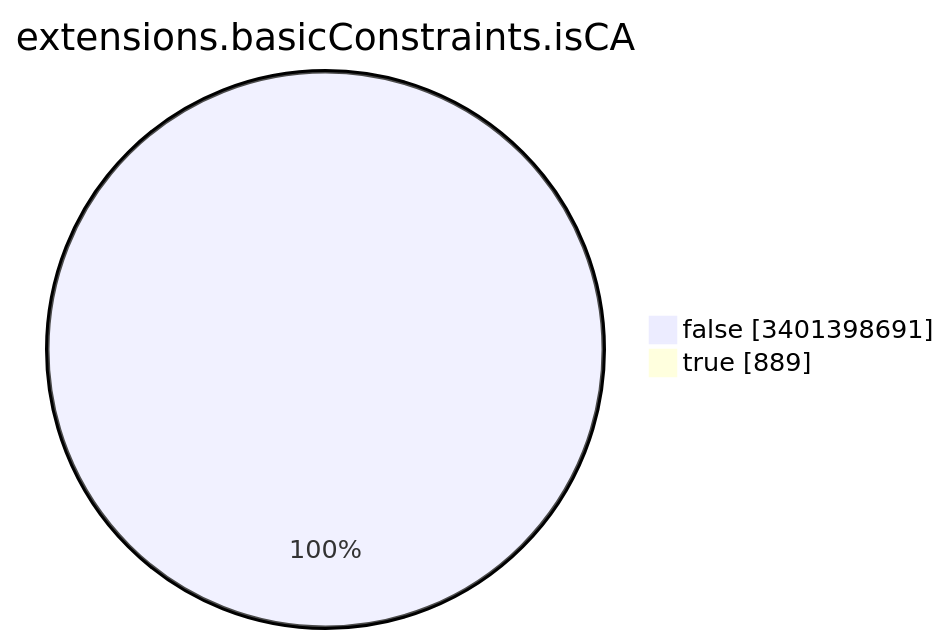
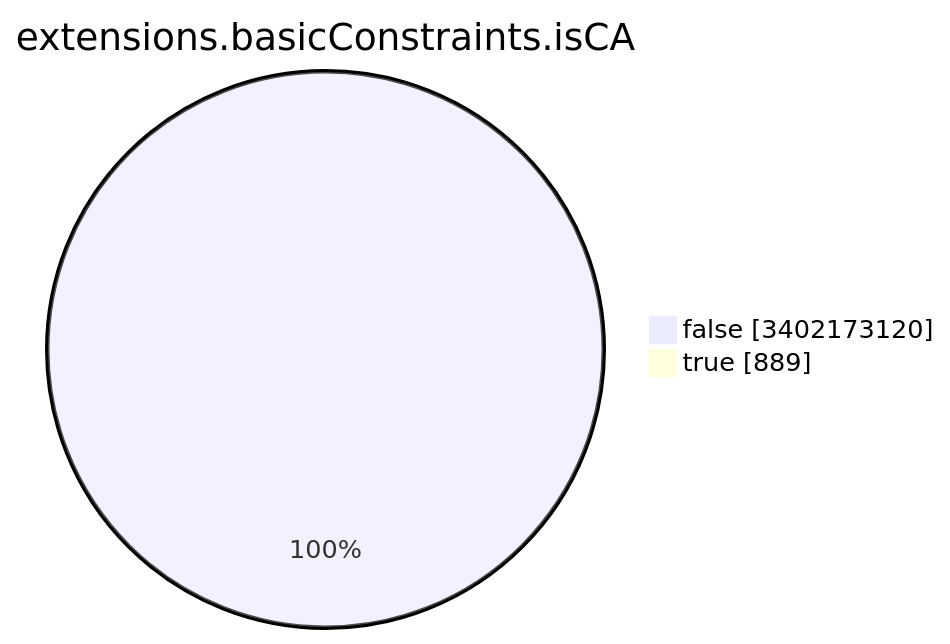
One commit to christiankrug/ctmonitor_visualization changed the seventh of 15 diagrams in TOTAL/README.md. Above: the diagram before and after it, drawn with Mermaid. The commit also changed other lines of this file, not shown here.

````diff
--- a/TOTAL/README.md
+++ b/TOTAL/README.md
@@ -3091,6 +3091,6 @@
 ```mermaid
 pie showData
 title extensions.basicConstraints.isCA
-"false" :3401398691
+"false" :3402173120
 "true" :889
 ```
````
